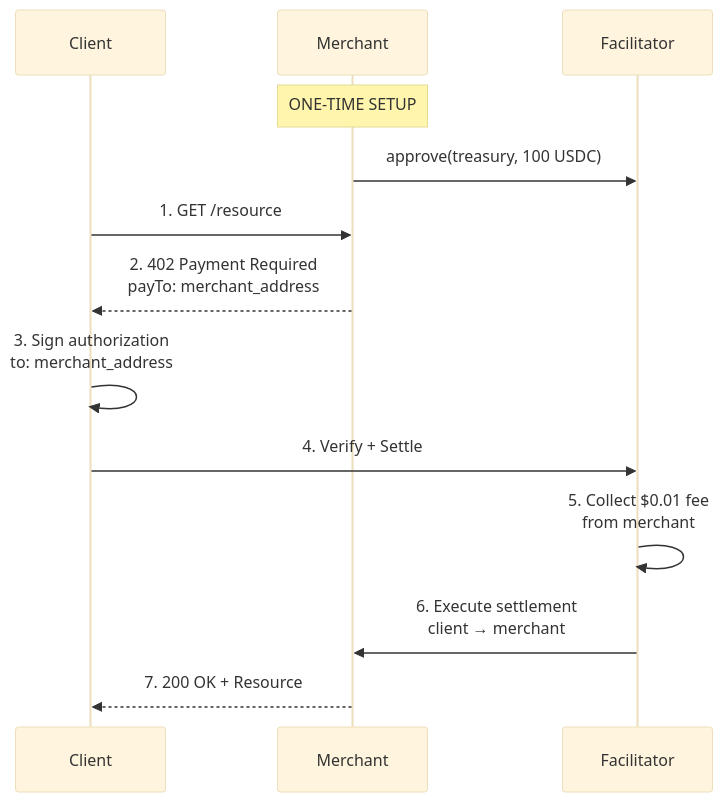
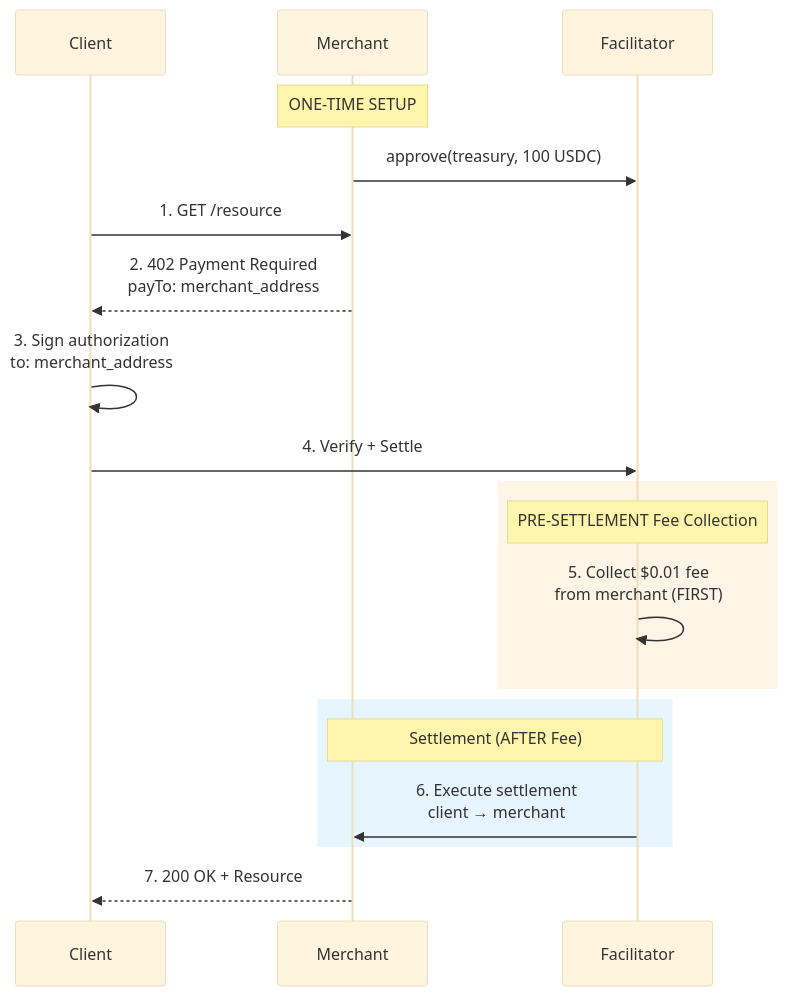
Before and after one commit to cascadingGeek/docs: the diagram in x402-integration.mdx, drawn with Mermaid (base theme). The commit also changed other lines of this file and 7 other files, not shown here.

````diff
--- a/x402-integration.mdx
+++ b/x402-integration.mdx
@@ -63,22 +63,28 @@
 ```mermaid
 sequenceDiagram
     participant Client
     participant Merchant
     participant Facilitator
 
     Note over Merchant: ONE-TIME SETUP
     Merchant->>Facilitator: approve(treasury, 100 USDC)
     
     Client->>Merchant: 1. GET /resource
     Merchant-->>Client: 2. 402 Payment Required<br/>payTo: merchant_address
     
     Client->>Client: 3. Sign authorization<br/>to: merchant_address
     
     Client->>Facilitator: 4. Verify + Settle
     
-    Facilitator->>Facilitator: 5. Collect $0.01 fee<br/>from merchant
+    rect rgb(255, 245, 230)
+        Note over Facilitator: PRE-SETTLEMENT Fee Collection
+        Facilitator->>Facilitator: 5. Collect $0.01 fee<br/>from merchant (FIRST)
+    end
     
-    Facilitator->>Merchant: 6. Execute settlement<br/>client → merchant
+    rect rgb(230, 245, 255)
+        Note over Facilitator,Merchant: Settlement (AFTER Fee)
+        Facilitator->>Merchant: 6. Execute settlement<br/>client → merchant
+    end
     
     Merchant-->>Client: 7. 200 OK + Resource
 ```
````
